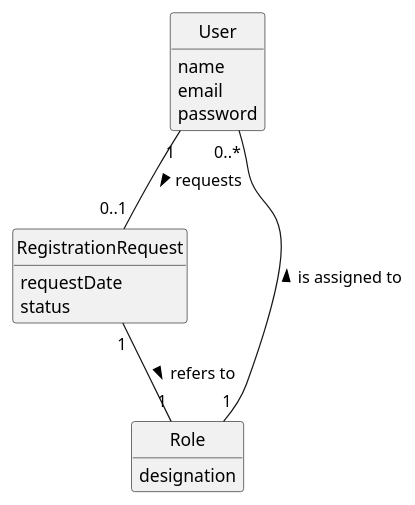
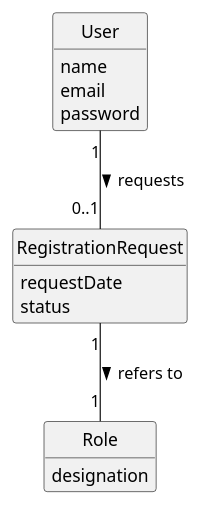
One commit to Departamento-de-Engenharia-Informatica/sem2-pi-25-26-g096-repo changed the diagram in docs/system-documentation/US01/02.analysis/puml/US01-DM.puml. Above: the diagram before and after it, drawn with PlantUML. The commit also changed 3 other files, not shown here.

Commit message:
US01 & US02 (Code & Docs) - Update domain models to clarify role assignment process and enhance relationships between User, Role, and RegistrationRequest [#20][#22]

```diff
--- a/docs/system-documentation/US01/02.analysis/puml/US01-DM.puml
+++ b/docs/system-documentation/US01/02.analysis/puml/US01-DM.puml
@@ -1,28 +1,27 @@
 @startuml
 skinparam monochrome true
 skinparam packageStyle rectangle
 skinparam shadowing false
 skinparam classAttributeIconSize 0
 hide circle
 hide methods
 
 class User {
     name
     email
     password
 }
 
 class Role {
     designation
 }
 
 class RegistrationRequest {
     requestDate
     status
 }
 
 User "1" -- "0..1" RegistrationRequest : requests >
 RegistrationRequest "1" -- "1" Role : refers to >
-Role "1" -- "0..*" User : is assigned to >
 
 @enduml
```
